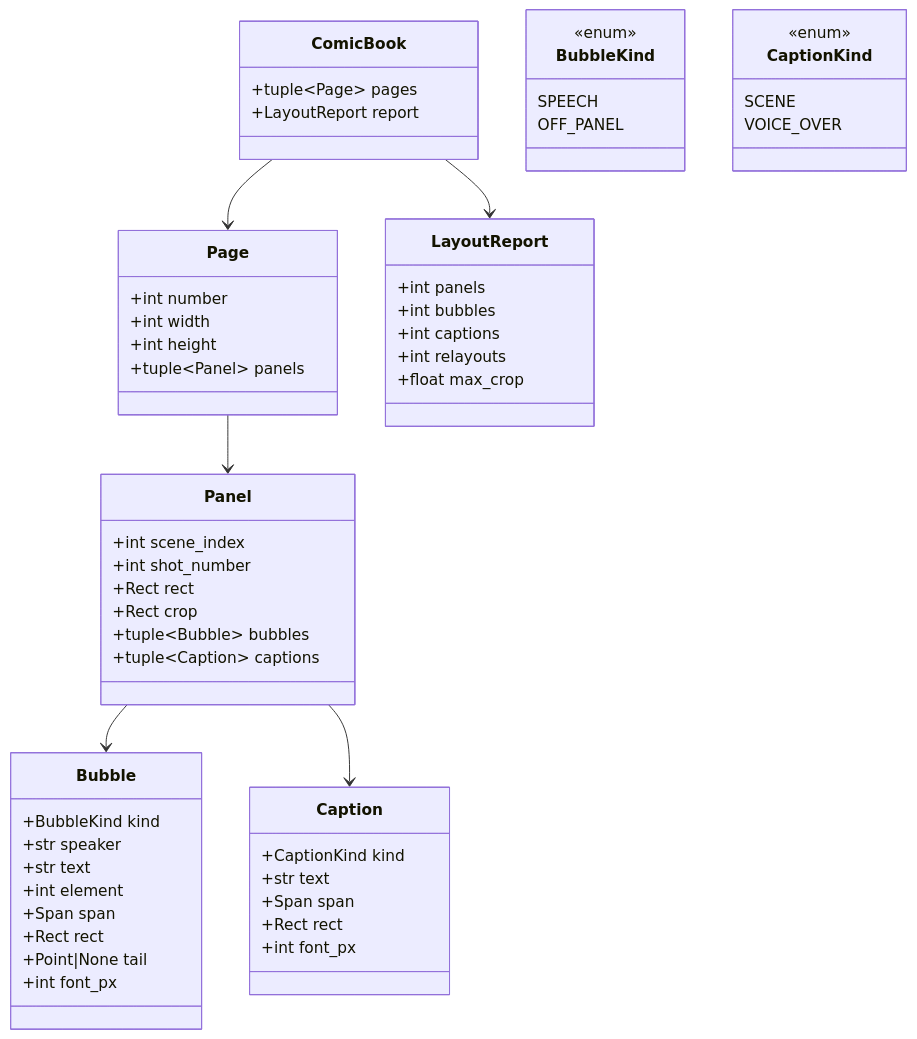
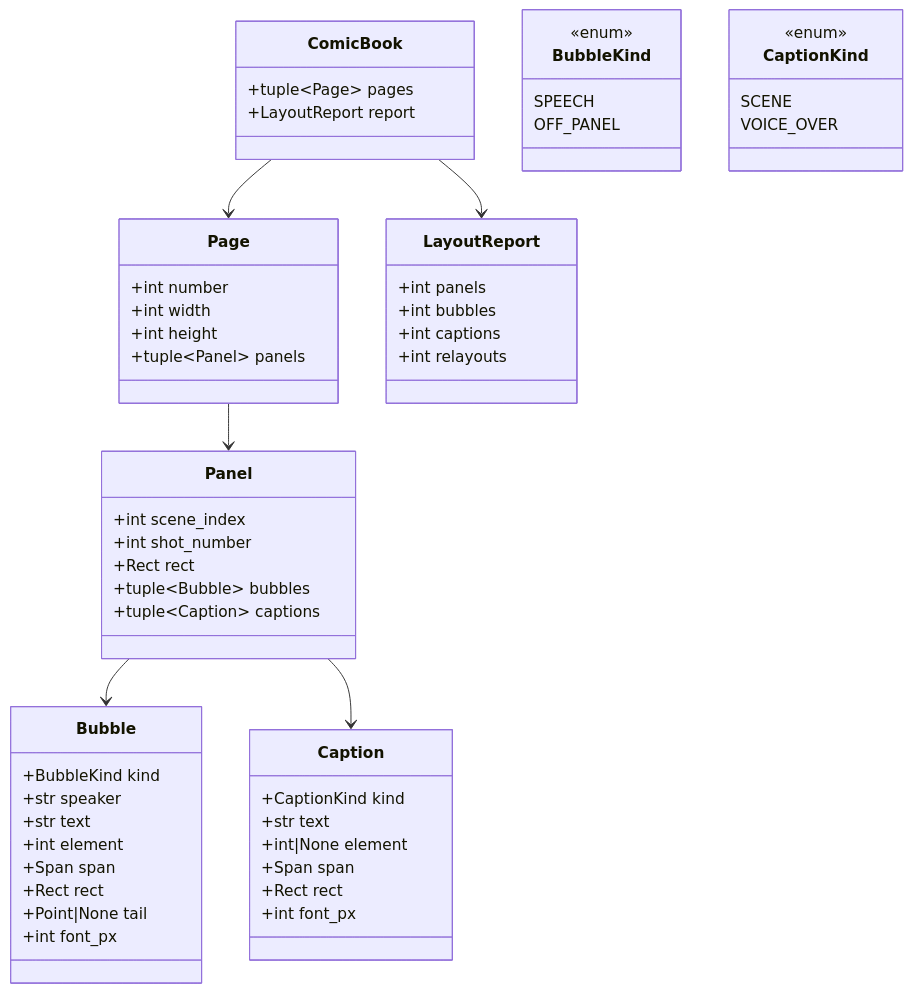
The first of 2 diagrams in docs/design/comic.md (Katlego-tech/Panelwise), drawn with Mermaid before and after one commit. The commit also changed other lines of this file, not shown here.

Commit message:
docs(comic): T011 render frames at panel size (no crop), hard reading order, exhaustive extensions, full reader JSON (review)

````diff
--- a/docs/design/comic.md
+++ b/docs/design/comic.md
@@ -35,60 +36,59 @@
 ```mermaid
 classDiagram
     class ComicBook {
         +tuple~Page~ pages
         +LayoutReport report
     }
     class Page {
         +int number
         +int width
         +int height
         +tuple~Panel~ panels
     }
     class Panel {
         +int scene_index
         +int shot_number
         +Rect rect
-        +Rect crop
         +tuple~Bubble~ bubbles
         +tuple~Caption~ captions
     }
     class Bubble {
         +BubbleKind kind
         +str speaker
         +str text
         +int element
         +Span span
         +Rect rect
         +Point|None tail
         +int font_px
     }
     class Caption {
         +CaptionKind kind
         +str text
+        +int|None element
         +Span span
         +Rect rect
         +int font_px
     }
     class LayoutReport {
         +int panels
         +int bubbles
         +int captions
         +int relayouts
-        +float max_crop
     }
     class BubbleKind {
         <<enum>>
         SPEECH
         OFF_PANEL
     }
     class CaptionKind {
         <<enum>>
         SCENE
         VOICE_OVER
     }
     ComicBook --> Page
     ComicBook --> LayoutReport
     Page --> Panel
     Panel --> Bubble
     Panel --> Caption
 ```
````
